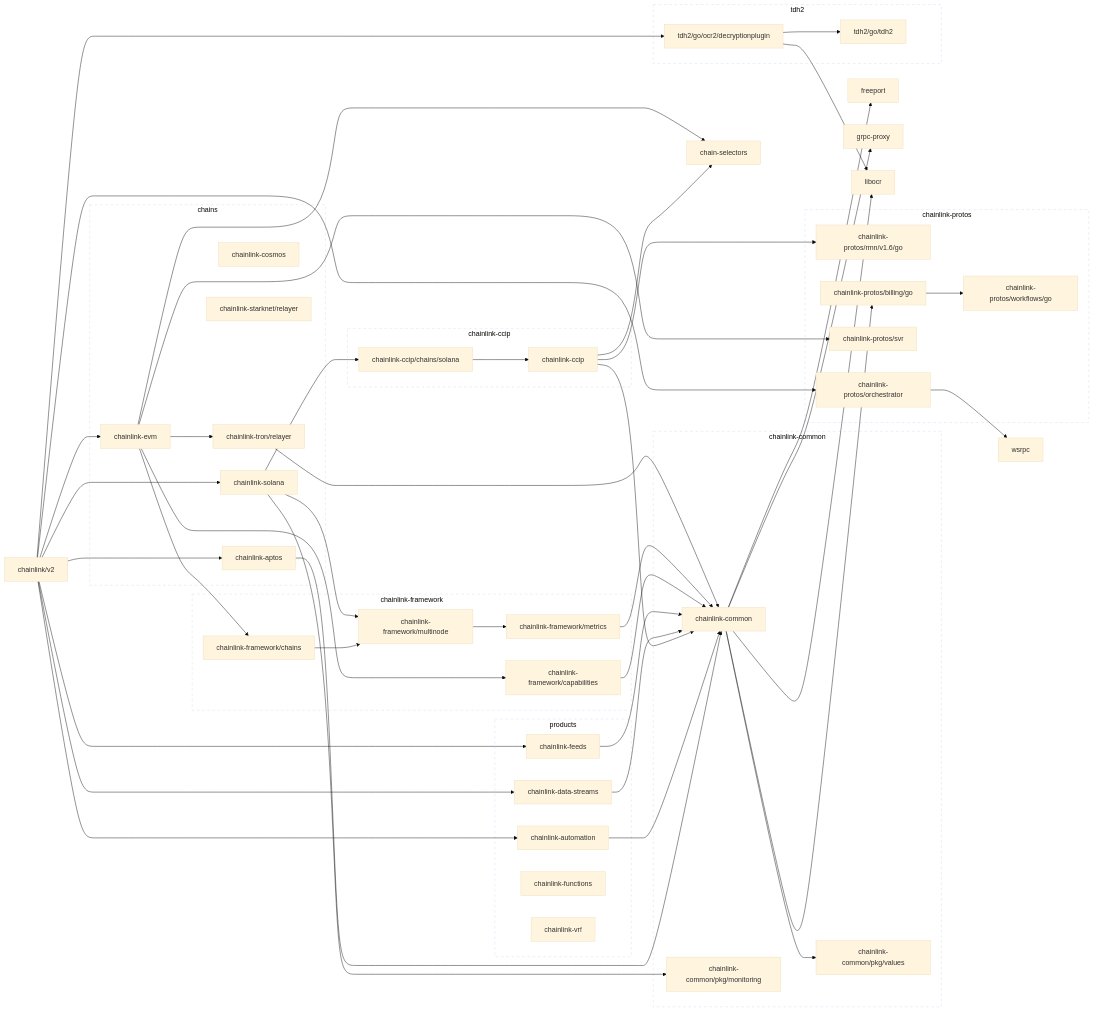
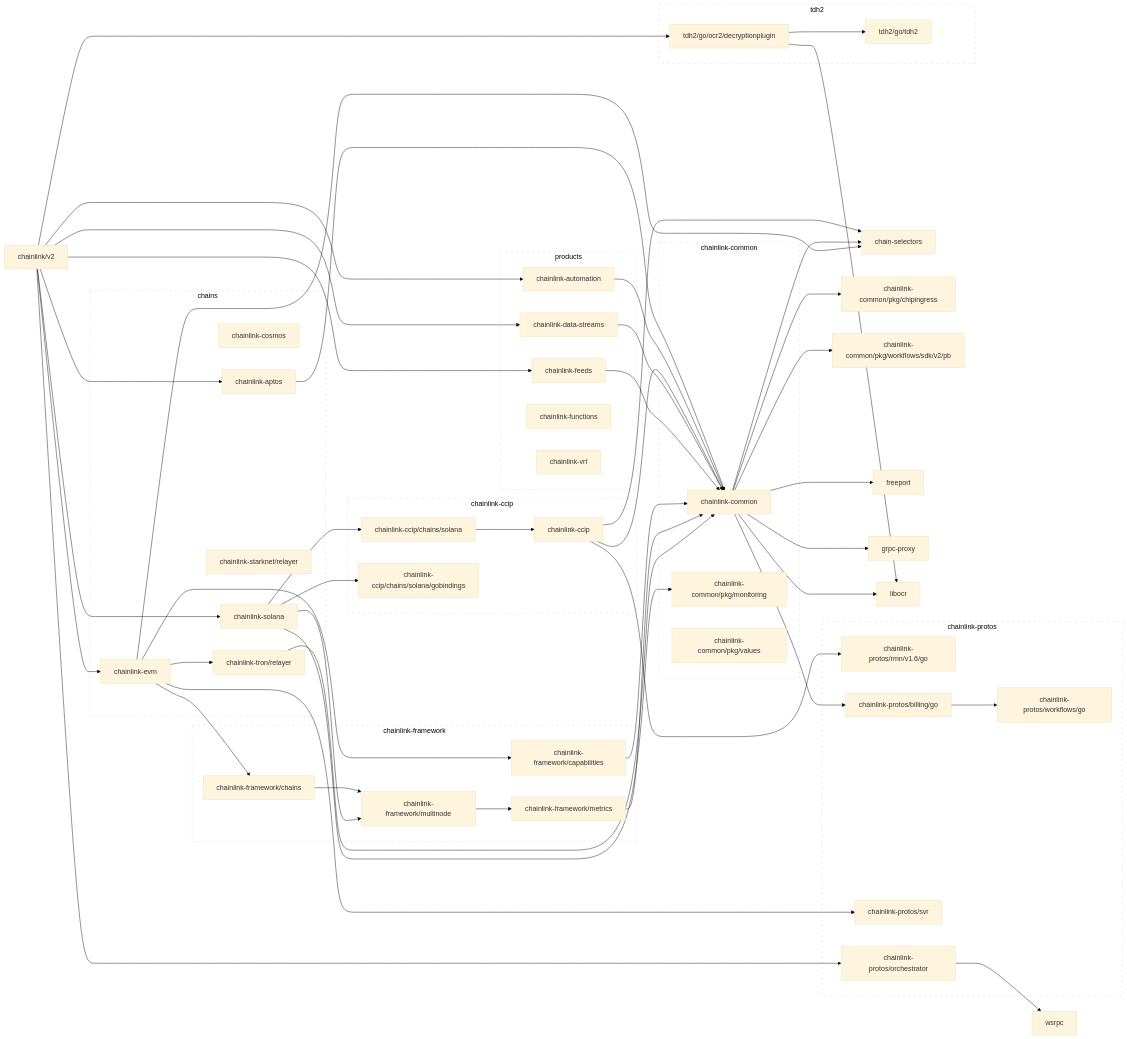
The first of 2 diagrams in go.md (JohnDaWalka/chainlink), drawn with Mermaid (base theme) before and after one commit. The commit also changed other lines of this file and 69 other files, not shown here.

First line of the commit message:
Update Solana ChainWriter config for new account derivation (#18171)

```diff
--- a/go.md
+++ b/go.md
@@ -36,7 +36,11 @@
 	click chainlink-ccip href "https://github.com/smartcontractkit/chainlink-ccip"
 	chainlink-ccip/chains/solana --> chainlink-ccip
 	click chainlink-ccip/chains/solana href "https://github.com/smartcontractkit/chainlink-ccip"
-	chainlink-common --> chainlink-common/pkg/values
+	chainlink-ccip/chains/solana/gobindings
+	click chainlink-ccip/chains/solana/gobindings href "https://github.com/smartcontractkit/chainlink-ccip"
+	chainlink-common --> chain-selectors
+	chainlink-common --> chainlink-common/pkg/chipingress
+	chainlink-common --> chainlink-common/pkg/workflows/sdk/v2/pb
 	chainlink-common --> chainlink-protos/billing/go
 	chainlink-common --> freeport
 	chainlink-common --> grpc-proxy
@@ -75,6 +79,7 @@
 	chainlink-protos/workflows/go
 	click chainlink-protos/workflows/go href "https://github.com/smartcontractkit/chainlink-protos"
 	chainlink-solana --> chainlink-ccip/chains/solana
+	chainlink-solana --> chainlink-ccip/chains/solana/gobindings
 	chainlink-solana --> chainlink-common/pkg/monitoring
 	chainlink-solana --> chainlink-framework/multinode
 	click chainlink-solana href "https://github.com/smartcontractkit/chainlink-solana"
@@ -106,6 +111,7 @@
 	subgraph chainlink-ccip-repo[chainlink-ccip]
 		 chainlink-ccip
 		 chainlink-ccip/chains/solana
+		 chainlink-ccip/chains/solana/gobindings
 	end
 	click chainlink-ccip-repo href "https://github.com/smartcontractkit/chainlink-ccip"
 
```
